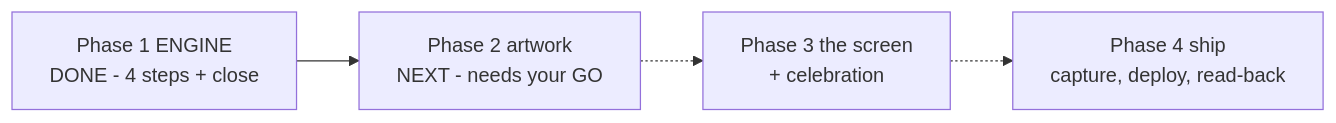
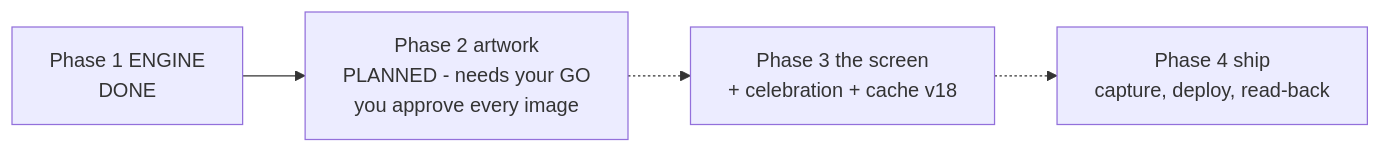
One commit to dkreinov/magic-clinic-english changed the diagram in .oplan/word-trophies/STATUS.md. Above: the diagram before and after it, drawn with Mermaid. The commit also changed other lines of this file and 4 other files, not shown here.

Commit message:
oplan: word-trophies phase 2 planned (fresh planner, ship verdict, P2-AMENDMENT #1) — awaiting owner GO

````diff
--- a/.oplan/word-trophies/STATUS.md
+++ b/.oplan/word-trophies/STATUS.md
@@ -13,6 +14,6 @@
 ```mermaid
 flowchart LR
-    P1[Phase 1 ENGINE<br/>DONE - 4 steps + close] --> P2[Phase 2 artwork<br/>NEXT - needs your GO]
-    P2 -.-> P3[Phase 3 the screen<br/>+ celebration]
+    P1[Phase 1 ENGINE<br/>DONE] --> P2[Phase 2 artwork<br/>PLANNED - needs your GO<br/>you approve every image]
+    P2 -.-> P3[Phase 3 the screen<br/>+ celebration + cache v18]
     P3 -.-> P4[Phase 4 ship<br/>capture, deploy, read-back]
 ```
````
